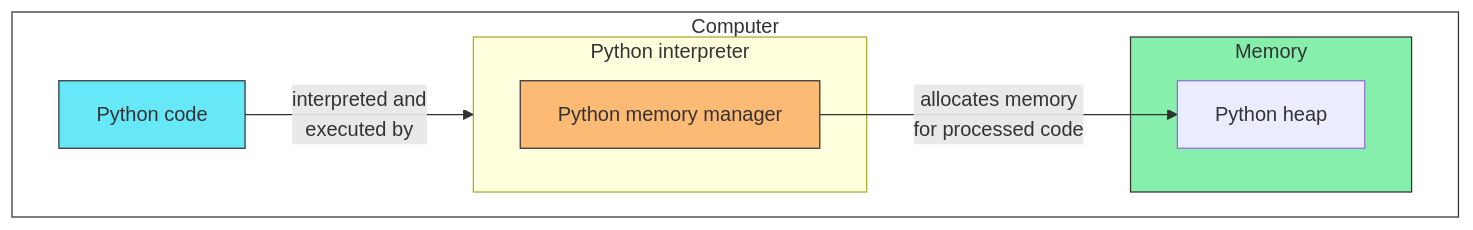
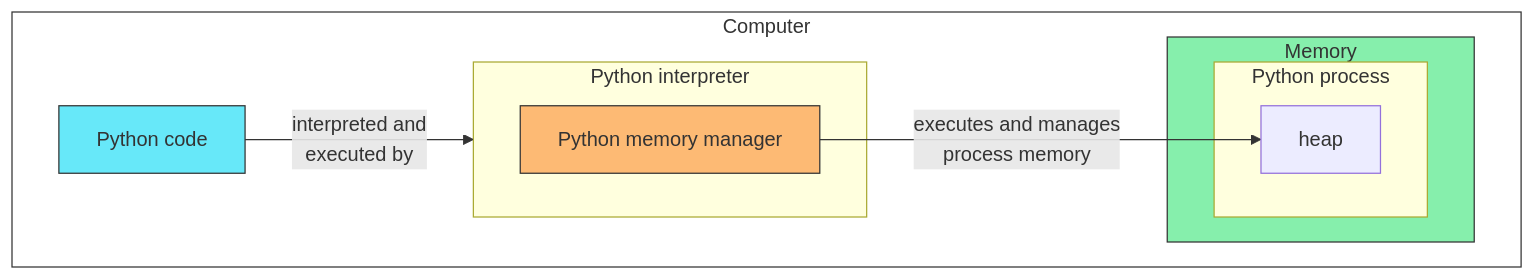
One commit to CU-DBMI/set-website changed the seventh of 11 diagrams in _posts/2024-01-22-Python-Memory-Management-and-Troubleshooting.md. Above: the diagram before and after it, drawn with Mermaid. The commit also changed other lines of this file, not shown here.

Commit message:
add python process to other diagrams

````diff
--- a/_posts/2024-01-22-Python-Memory-Management-and-Troubleshooting.md
+++ b/_posts/2024-01-22-Python-Memory-Management-and-Troubleshooting.md
@@ -327,22 +329,24 @@
 ```mermaid!
 flowchart LR
 
 subgraph computer ["Computer"]
   direction LR
   subgraph memory["Memory"]
-    pyheap["Python heap"]
+    subgraph process["Python process"]
+        pyheap["heap"]
+    end
   end
   code["Python code"]
   subgraph interpreter["Python interpreter"]
     manager["Python memory manager"]
   end
 end
 
 code --> |interpreted and\nexecuted by| interpreter
-manager --> |allocates memory\nfor processed code| pyheap
+manager --> |executes and manages\n process memory| pyheap
 
 style computer fill:#fff,stroke:#333
 style memory fill:#86EFAC,stroke:#333
 style code fill:#67E8F9,stroke:#333;
 style manager fill:#FDBA74,stroke:#333;
 ```
````
